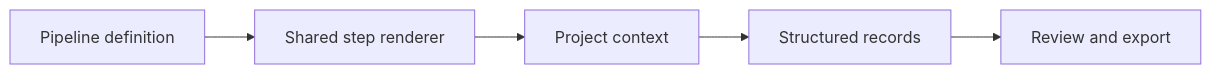
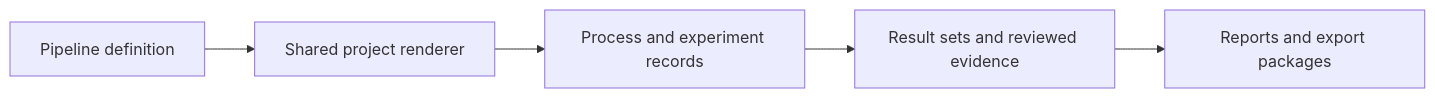
One commit to matginesi/LabFlow changed the first of 2 diagrams in docs/PIPELINES_AND_DATA.md. Above: the diagram before and after it, drawn with Mermaid. The commit also changed other lines of this file and 27 other files, not shown here.

````diff
--- a/docs/PIPELINES_AND_DATA.md
+++ b/docs/PIPELINES_AND_DATA.md
@@ -7,7 +7,7 @@
 ```mermaid
 flowchart LR
-  A[Pipeline definition] --> B[Shared step renderer]
-  B --> C[Project context]
-  C --> D[Structured records]
-  D --> E[Review and export]
+  A[Pipeline definition] --> B[Shared project renderer]
+  B --> C[Process and experiment records]
+  C --> D[Result sets and reviewed evidence]
+  D --> E[Reports and export packages]
 ```
````
